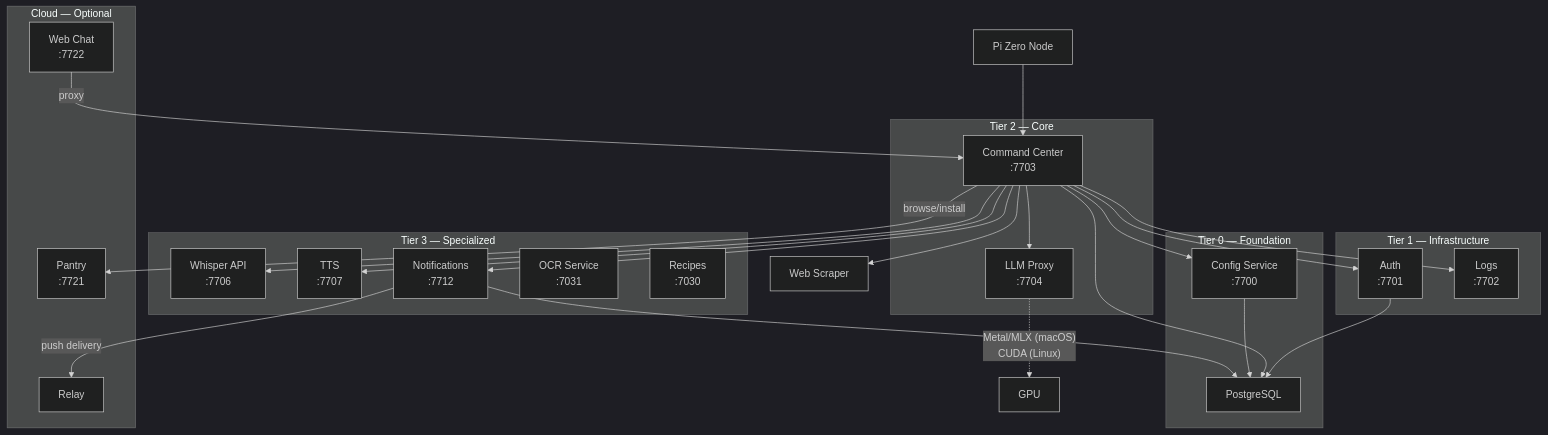
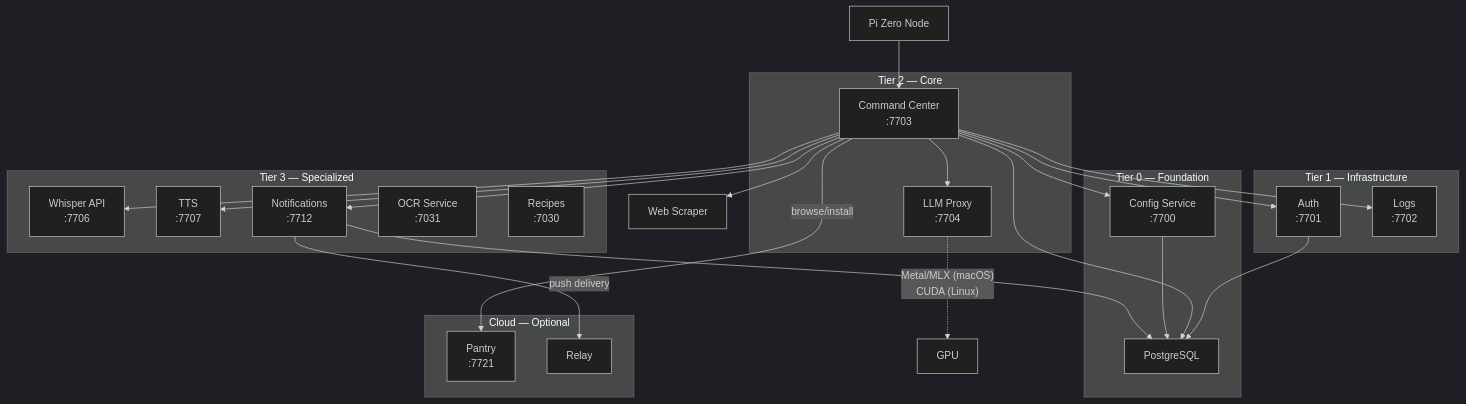
Before and after one commit to alexberardi/jarvis-docs: the first of 2 diagrams in docs/architecture/index.md, drawn with Mermaid (dark theme). The commit also changed other lines of this file and 5 other files, not shown here.

First line of the commit message:
docs: retire jarvis-web, point browser chat at the jarvisd web app (#180)

````diff
--- a/docs/architecture/index.md
+++ b/docs/architecture/index.md
@@ -7,52 +7,50 @@
 ```mermaid
 graph TD
     Node["Pi Zero Node"] --> CC["Command Center<br/>:7703"]
     CC --> Auth["Auth<br/>:7701"]
     CC --> Config["Config Service<br/>:7700"]
     CC --> Logs["Logs<br/>:7702"]
     CC --> LLM["LLM Proxy<br/>:7704"]
     CC --> Whisper["Whisper API<br/>:7706"]
     CC --> TTS["TTS<br/>:7707"]
     CC --> Notify["Notifications<br/>:7712"]
     CC --> Scraper["Web Scraper"]
 
     LLM -.->|"Metal/MLX (macOS)<br/>CUDA (Linux)"| GPU["GPU"]
 
     Auth --> PG["PostgreSQL"]
     CC --> PG
     Config --> PG
     Notify --> PG
 
     subgraph "Tier 0 — Foundation"
         Config
         PG
     end
 
     subgraph "Tier 1 — Infrastructure"
         Auth
         Logs
     end
 
     subgraph "Tier 2 — Core"
         CC
         LLM
     end
 
     subgraph "Tier 3 — Specialized"
         Whisper
         TTS
         Notify
         OCR["OCR Service<br/>:7031"]
         Recipes["Recipes<br/>:7030"]
     end
 
     subgraph "Cloud — Optional"
         Pantry["Pantry<br/>:7721"]
         Relay["Relay"]
-        Web["Web Chat<br/>:7722"]
     end
 
     Notify -->|push delivery| Relay
     CC -->|browse/install| Pantry
-    Web -->|proxy| CC
 ```
````
